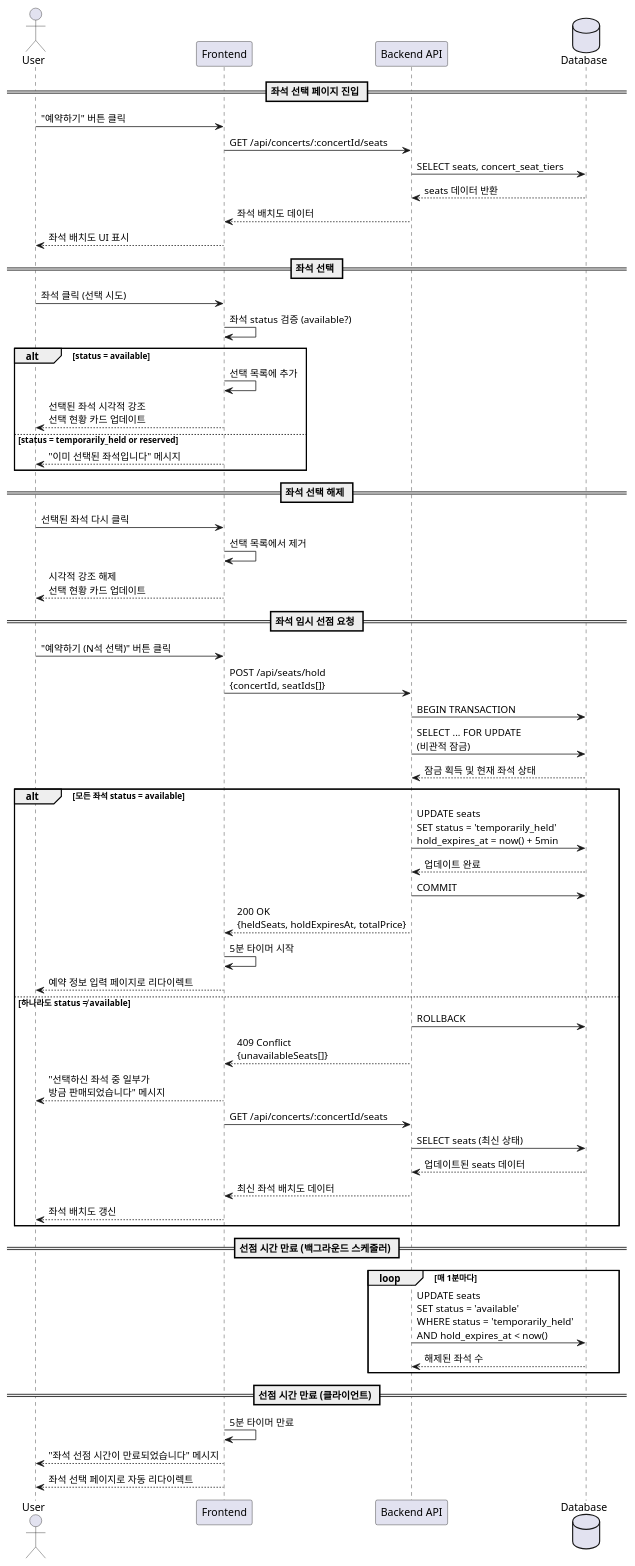
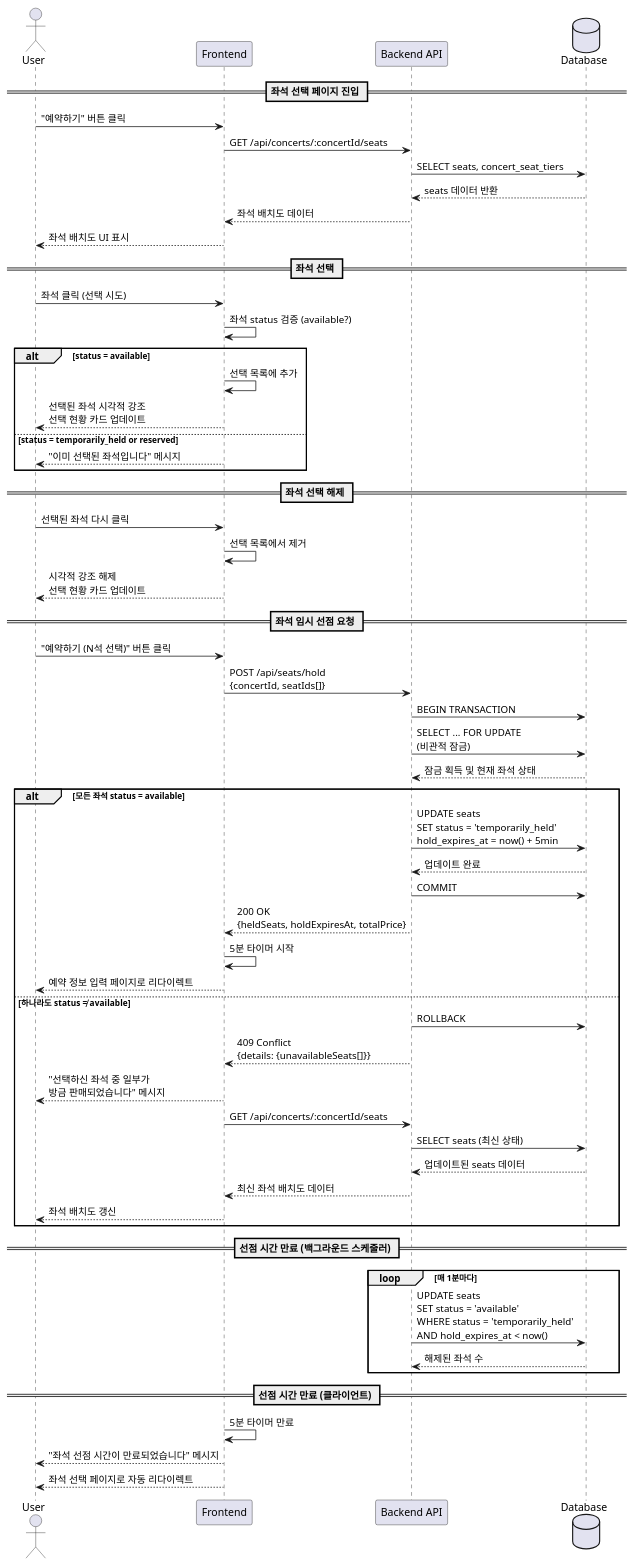
One commit to dasanworld/ConcertReserve changed the diagram in docs/002/spec.md. Above: the diagram before and after it, drawn with PlantUML. The commit also changed other lines of this file and 2 other files, not shown here.

````diff
--- a/docs/002/spec.md
+++ b/docs/002/spec.md
@@ -328,69 +334,69 @@
 ```plantuml
 @startuml
 actor User
 participant FE as "Frontend"
 participant BE as "Backend API"
 database DB as "Database"
 
 == 좌석 선택 페이지 진입 ==
 User -> FE: "예약하기" 버튼 클릭
 FE -> BE: GET /api/concerts/:concertId/seats
 BE -> DB: SELECT seats, concert_seat_tiers
 DB --> BE: seats 데이터 반환
 BE --> FE: 좌석 배치도 데이터
 FE --> User: 좌석 배치도 UI 표시
 
 == 좌석 선택 ==
 User -> FE: 좌석 클릭 (선택 시도)
 FE -> FE: 좌석 status 검증 (available?)
 alt status = available
   FE -> FE: 선택 목록에 추가
   FE --> User: 선택된 좌석 시각적 강조\n선택 현황 카드 업데이트
 else status = temporarily_held or reserved
   FE --> User: "이미 선택된 좌석입니다" 메시지
 end
 
 == 좌석 선택 해제 ==
 User -> FE: 선택된 좌석 다시 클릭
 FE -> FE: 선택 목록에서 제거
 FE --> User: 시각적 강조 해제\n선택 현황 카드 업데이트
 
 == 좌석 임시 선점 요청 ==
 User -> FE: "예약하기 (N석 선택)" 버튼 클릭
 FE -> BE: POST /api/seats/hold\n{concertId, seatIds[]}
 
 BE -> DB: BEGIN TRANSACTION
 BE -> DB: SELECT ... FOR UPDATE\n(비관적 잠금)
 DB --> BE: 잠금 획득 및 현재 좌석 상태
 
 alt 모든 좌석 status = available
   BE -> DB: UPDATE seats\nSET status = 'temporarily_held'\nhold_expires_at = now() + 5min
   DB --> BE: 업데이트 완료
   BE -> DB: COMMIT
   BE --> FE: 200 OK\n{heldSeats, holdExpiresAt, totalPrice}
   FE -> FE: 5분 타이머 시작
   FE --> User: 예약 정보 입력 페이지로 리다이렉트
 else 하나라도 status ≠ available
   BE -> DB: ROLLBACK
-  BE --> FE: 409 Conflict\n{unavailableSeats[]}
+  BE --> FE: 409 Conflict\n{details: {unavailableSeats[]}}
   FE --> User: "선택하신 좌석 중 일부가\n방금 판매되었습니다" 메시지
   FE -> BE: GET /api/concerts/:concertId/seats
   BE -> DB: SELECT seats (최신 상태)
   DB --> BE: 업데이트된 seats 데이터
   BE --> FE: 최신 좌석 배치도 데이터
   FE --> User: 좌석 배치도 갱신
 end
 
 == 선점 시간 만료 (백그라운드 스케줄러) ==
 loop 매 1분마다
   BE -> DB: UPDATE seats\nSET status = 'available'\nWHERE status = 'temporarily_held'\nAND hold_expires_at < now()
   DB --> BE: 해제된 좌석 수
 end
 
 == 선점 시간 만료 (클라이언트) ==
 FE -> FE: 5분 타이머 만료
 FE --> User: "좌석 선점 시간이 만료되었습니다" 메시지
 FE --> User: 좌석 선택 페이지로 자동 리다이렉트
 
 @enduml
 ```
````
